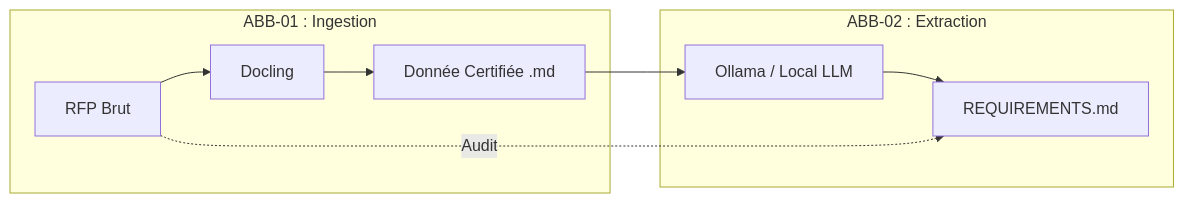
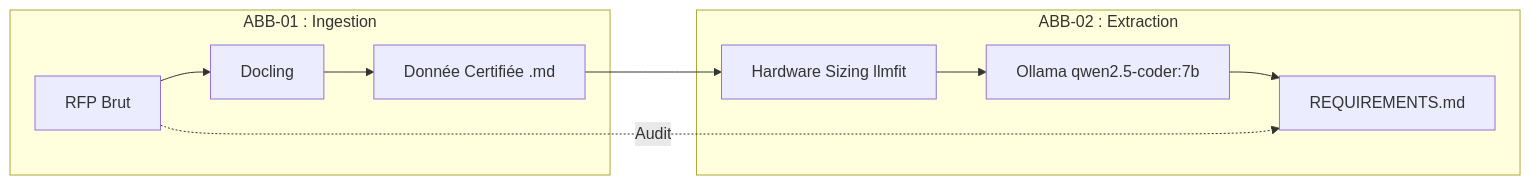
One commit to RodMan121/i-ingestion_lecture_rfp changed the first of 2 diagrams in 00-GOUVERNANCE/LLM_MASTER_KNOWLEDGE.md. Above: the diagram before and after it, drawn with Mermaid. The commit also changed other lines of this file and 2 other files, not shown here.

Commit message:
docs: integrate llmfit sizing and qwen2.5-coder:7b into operational and architecture documentation

````diff
--- a/00-GOUVERNANCE/LLM_MASTER_KNOWLEDGE.md
+++ b/00-GOUVERNANCE/LLM_MASTER_KNOWLEDGE.md
@@ -13,12 +13,13 @@
 ```mermaid
 graph LR
     subgraph ABB-01 : Ingestion
         RAW[RFP Brut] --> DOC[Docling]
         DOC --> CERT[Donnée Certifiée .md]
     end
     subgraph ABB-02 : Extraction
-        CERT --> OLL[Ollama / Local LLM]
+        CERT --> FIT[Hardware Sizing llmfit]
+        FIT --> OLL[Ollama qwen2.5-coder:7b]
         OLL --> REQ[REQUIREMENTS.md]
     end
     RAW -. Audit .-> REQ
 ```
````
